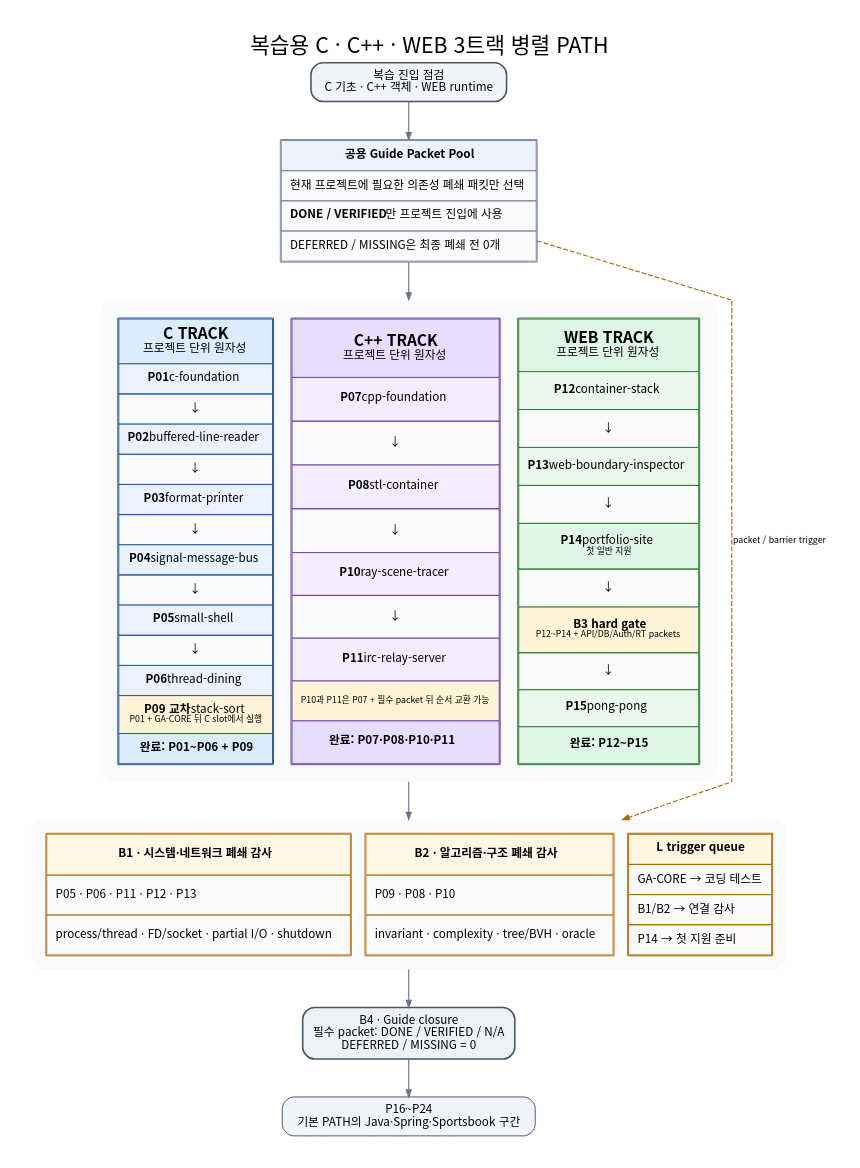
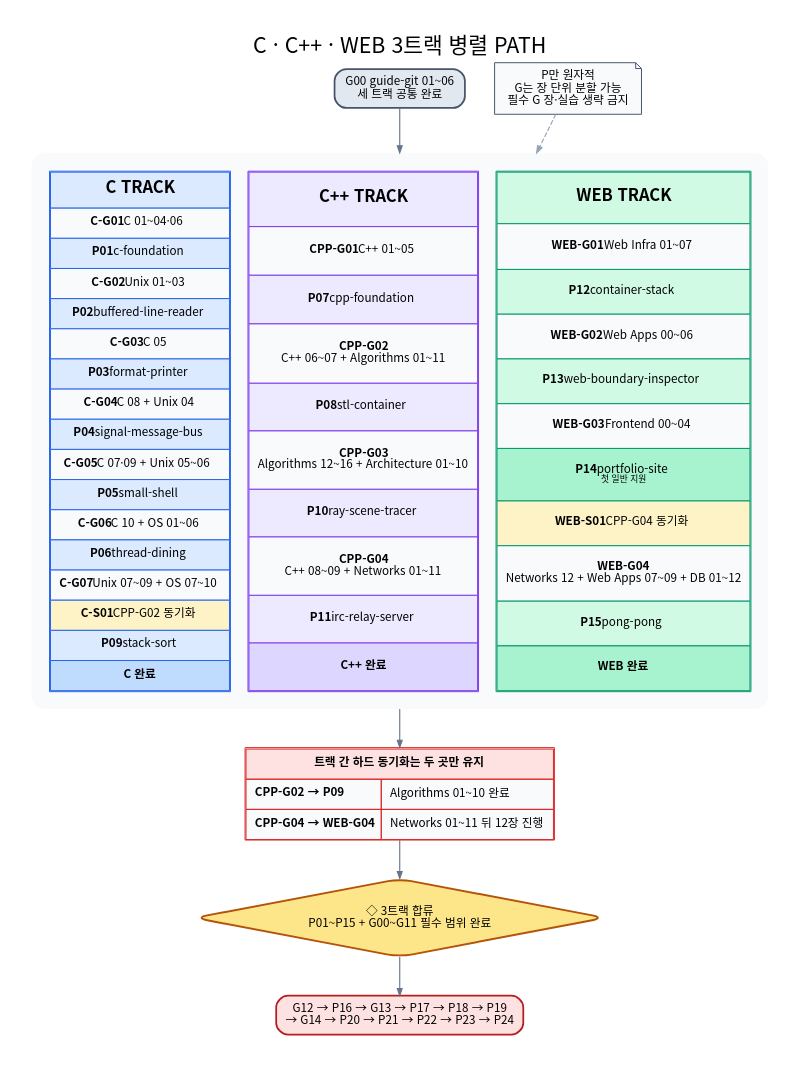
One commit to woopinbell/engineering-path-review changed the diagram in assets/path/parallel-path.dot. Above: the diagram before and after it, drawn with Graphviz. The commit also changed 17 other files, not shown here.

```diff
--- a/assets/path/parallel-path.dot
+++ b/assets/path/parallel-path.dot
@@ -1,107 +1,85 @@
-digraph ParallelPath {
-  graph [rankdir=TB, bgcolor="white", pad="0.35", nodesep="0.42", ranksep="0.52",
+digraph ParallelPathOverview {
+  graph [rankdir=TB, bgcolor="white", pad="0.35", nodesep="0.42", ranksep="0.55",
     fontname="Noto Sans CJK KR", fontsize=22,
-    label="복습용 C · C++ · WEB 3트랙 병렬 PATH", labelloc=t, splines=polyline];
+    label="C · C++ · WEB 3트랙 병렬 PATH", labelloc=t, splines=polyline];
   node [shape=box, style="rounded,filled", fontname="Noto Sans CJK KR", fontsize=12,
     margin="0.15,0.10", color="#64748b", fillcolor="#f8fafc"];
   edge [fontname="Noto Sans CJK KR", fontsize=9, color="#64748b", arrowsize=0.72, penwidth=1.15];
 
-  START [label="복습 진입 점검\nC 기초 · C++ 객체 · WEB runtime", fillcolor="#f1f5f9", color="#475569", penwidth=1.6];
-  GP [shape=plain, label=<
-    <TABLE BORDER="1" CELLBORDER="1" CELLSPACING="0" CELLPADDING="8" COLOR="#7c8aa0">
-      <TR><TD BGCOLOR="#eef2ff"><B>공용 Guide Packet Pool</B></TD></TR>
-      <TR><TD ALIGN="LEFT">현재 프로젝트에 필요한 의존성 폐쇄 패킷만 선택</TD></TR>
-      <TR><TD ALIGN="LEFT"><B>DONE / VERIFIED</B>만 프로젝트 진입에 사용</TD></TR>
-      <TR><TD ALIGN="LEFT">DEFERRED / MISSING은 최종 폐쇄 전 0개</TD></TR>
-    </TABLE>
-  >];
+  START [label="G00 guide-git 01~06\n세 트랙 공통 완료", fillcolor="#e2e8f0", color="#475569", penwidth=1.8];
 
   TRACKS [shape=plain, label=<
     <TABLE BORDER="0" CELLBORDER="0" CELLSPACING="18" CELLPADDING="0">
       <TR>
         <TD VALIGN="TOP">
-          <TABLE BORDER="1" CELLBORDER="1" CELLSPACING="0" CELLPADDING="8" COLOR="#2457a6">
-            <TR><TD BGCOLOR="#dcecff"><FONT POINT-SIZE="16"><B>C TRACK</B></FONT><BR/>프로젝트 단위 원자성</TD></TR>
-            <TR><TD BGCOLOR="#eaf2ff"><B>P01</B> c-foundation</TD></TR>
-            <TR><TD>↓</TD></TR>
-            <TR><TD BGCOLOR="#eaf2ff"><B>P02</B> buffered-line-reader</TD></TR>
-            <TR><TD>↓</TD></TR>
-            <TR><TD BGCOLOR="#eaf2ff"><B>P03</B> format-printer</TD></TR>
-            <TR><TD>↓</TD></TR>
-            <TR><TD BGCOLOR="#eaf2ff"><B>P04</B> signal-message-bus</TD></TR>
-            <TR><TD>↓</TD></TR>
-            <TR><TD BGCOLOR="#eaf2ff"><B>P05</B> small-shell</TD></TR>
-            <TR><TD>↓</TD></TR>
-            <TR><TD BGCOLOR="#eaf2ff"><B>P06</B> thread-dining</TD></TR>
-            <TR><TD BGCOLOR="#fff4d6"><B>P09 교차</B> stack-sort<BR/><FONT POINT-SIZE="9">P01 + GA-CORE 뒤 C slot에서 실행</FONT></TD></TR>
-            <TR><TD BGCOLOR="#dcecff"><B>완료: P01~P06 + P09</B></TD></TR>
+          <TABLE BORDER="1" CELLBORDER="1" CELLSPACING="0" CELLPADDING="8" COLOR="#2563eb">
+            <TR><TD BGCOLOR="#dbeafe"><FONT POINT-SIZE="17"><B>C TRACK</B></FONT></TD></TR>
+            <TR><TD BGCOLOR="#f8fafc"><B>C-G01</B> C 01~04·06</TD></TR>
+            <TR><TD BGCOLOR="#dbeafe"><B>P01</B> c-foundation</TD></TR>
+            <TR><TD BGCOLOR="#f8fafc"><B>C-G02</B> Unix 01~03</TD></TR>
+            <TR><TD BGCOLOR="#dbeafe"><B>P02</B> buffered-line-reader</TD></TR>
+            <TR><TD BGCOLOR="#f8fafc"><B>C-G03</B> C 05</TD></TR>
+            <TR><TD BGCOLOR="#dbeafe"><B>P03</B> format-printer</TD></TR>
+            <TR><TD BGCOLOR="#f8fafc"><B>C-G04</B> C 08 + Unix 04</TD></TR>
+            <TR><TD BGCOLOR="#dbeafe"><B>P04</B> signal-message-bus</TD></TR>
+            <TR><TD BGCOLOR="#f8fafc"><B>C-G05</B> C 07·09 + Unix 05~06</TD></TR>
+            <TR><TD BGCOLOR="#dbeafe"><B>P05</B> small-shell</TD></TR>
+            <TR><TD BGCOLOR="#f8fafc"><B>C-G06</B> C 10 + OS 01~06</TD></TR>
+            <TR><TD BGCOLOR="#dbeafe"><B>P06</B> thread-dining</TD></TR>
+            <TR><TD BGCOLOR="#f8fafc"><B>C-G07</B> Unix 07~09 + OS 07~10</TD></TR>
+            <TR><TD BGCOLOR="#fef3c7"><B>C-S01</B> CPP-G02 동기화</TD></TR>
+            <TR><TD BGCOLOR="#dbeafe"><B>P09</B> stack-sort</TD></TR>
+            <TR><TD BGCOLOR="#bfdbfe"><B>C 완료</B></TD></TR>
           </TABLE>
         </TD>
         <TD VALIGN="TOP">
-          <TABLE BORDER="1" CELLBORDER="1" CELLSPACING="0" CELLPADDING="8" COLOR="#6b46a5">
-            <TR><TD BGCOLOR="#e9ddff"><FONT POINT-SIZE="16"><B>C++ TRACK</B></FONT><BR/>프로젝트 단위 원자성</TD></TR>
-            <TR><TD BGCOLOR="#f3edff"><B>P07</B> cpp-foundation</TD></TR>
-            <TR><TD>↓</TD></TR>
-            <TR><TD BGCOLOR="#f3edff"><B>P08</B> stl-container</TD></TR>
-            <TR><TD>↓</TD></TR>
-            <TR><TD BGCOLOR="#f3edff"><B>P10</B> ray-scene-tracer</TD></TR>
-            <TR><TD>↓</TD></TR>
-            <TR><TD BGCOLOR="#f3edff"><B>P11</B> irc-relay-server</TD></TR>
-            <TR><TD BGCOLOR="#fff4d6"><FONT POINT-SIZE="9">P10과 P11은 P07 + 필수 packet 뒤 순서 교환 가능</FONT></TD></TR>
-            <TR><TD BGCOLOR="#e9ddff"><B>완료: P07·P08·P10·P11</B></TD></TR>
+          <TABLE BORDER="1" CELLBORDER="1" CELLSPACING="0" CELLPADDING="8" COLOR="#7c3aed">
+            <TR><TD BGCOLOR="#ede9fe"><FONT POINT-SIZE="17"><B>C++ TRACK</B></FONT></TD></TR>
+            <TR><TD BGCOLOR="#f8fafc"><B>CPP-G01</B> C++ 01~05</TD></TR>
+            <TR><TD BGCOLOR="#ede9fe"><B>P07</B> cpp-foundation</TD></TR>
+            <TR><TD BGCOLOR="#f8fafc"><B>CPP-G02</B><BR/>C++ 06~07 + Algorithms 01~11</TD></TR>
+            <TR><TD BGCOLOR="#ede9fe"><B>P08</B> stl-container</TD></TR>
+            <TR><TD BGCOLOR="#f8fafc"><B>CPP-G03</B><BR/>Algorithms 12~16 + Architecture 01~10</TD></TR>
+            <TR><TD BGCOLOR="#ede9fe"><B>P10</B> ray-scene-tracer</TD></TR>
+            <TR><TD BGCOLOR="#f8fafc"><B>CPP-G04</B><BR/>C++ 08~09 + Networks 01~11</TD></TR>
+            <TR><TD BGCOLOR="#ede9fe"><B>P11</B> irc-relay-server</TD></TR>
+            <TR><TD BGCOLOR="#ddd6fe"><B>C++ 완료</B></TD></TR>
           </TABLE>
         </TD>
         <TD VALIGN="TOP">
-          <TABLE BORDER="1" CELLBORDER="1" CELLSPACING="0" CELLPADDING="8" COLOR="#2f7d32">
-            <TR><TD BGCOLOR="#dff5e6"><FONT POINT-SIZE="16"><B>WEB TRACK</B></FONT><BR/>프로젝트 단위 원자성</TD></TR>
-            <TR><TD BGCOLOR="#eaf8ee"><B>P12</B> container-stack</TD></TR>
-            <TR><TD>↓</TD></TR>
-            <TR><TD BGCOLOR="#eaf8ee"><B>P13</B> web-boundary-inspector</TD></TR>
-            <TR><TD>↓</TD></TR>
-            <TR><TD BGCOLOR="#dff5e6"><B>P14</B> portfolio-site<BR/><FONT POINT-SIZE="9">첫 일반 지원</FONT></TD></TR>
-            <TR><TD>↓</TD></TR>
-            <TR><TD BGCOLOR="#fff4d6"><B>B3 hard gate</B><BR/><FONT POINT-SIZE="9">P12~P14 + API/DB/Auth/RT packets</FONT></TD></TR>
-            <TR><TD>↓</TD></TR>
-            <TR><TD BGCOLOR="#eaf8ee"><B>P15</B> pong-pong</TD></TR>
-            <TR><TD BGCOLOR="#dff5e6"><B>완료: P12~P15</B></TD></TR>
+          <TABLE BORDER="1" CELLBORDER="1" CELLSPACING="0" CELLPADDING="8" COLOR="#059669">
+            <TR><TD BGCOLOR="#d1fae5"><FONT POINT-SIZE="17"><B>WEB TRACK</B></FONT></TD></TR>
+            <TR><TD BGCOLOR="#f8fafc"><B>WEB-G01</B> Web Infra 01~07</TD></TR>
+            <TR><TD BGCOLOR="#d1fae5"><B>P12</B> container-stack</TD></TR>
+            <TR><TD BGCOLOR="#f8fafc"><B>WEB-G02</B> Web Apps 00~06</TD></TR>
+            <TR><TD BGCOLOR="#d1fae5"><B>P13</B> web-boundary-inspector</TD></TR>
+            <TR><TD BGCOLOR="#f8fafc"><B>WEB-G03</B> Frontend 00~04</TD></TR>
+            <TR><TD BGCOLOR="#a7f3d0"><B>P14</B> portfolio-site<BR/><FONT POINT-SIZE="9">첫 일반 지원</FONT></TD></TR>
+            <TR><TD BGCOLOR="#fef3c7"><B>WEB-S01</B> CPP-G04 동기화</TD></TR>
+            <TR><TD BGCOLOR="#f8fafc"><B>WEB-G04</B><BR/>Networks 12 + Web Apps 07~09 + DB 01~12</TD></TR>
+            <TR><TD BGCOLOR="#d1fae5"><B>P15</B> pong-pong</TD></TR>
+            <TR><TD BGCOLOR="#a7f3d0"><B>WEB 완료</B></TD></TR>
           </TABLE>
         </TD>
       </TR>
     </TABLE>
   >];
 
-  BARRIERS [shape=plain, label=<
-    <TABLE BORDER="0" CELLBORDER="0" CELLSPACING="14" CELLPADDING="0">
-      <TR>
-        <TD VALIGN="TOP">
-          <TABLE BORDER="1" CELLBORDER="1" CELLSPACING="0" CELLPADDING="8" COLOR="#b7791f">
-            <TR><TD BGCOLOR="#fff7e6"><B>B1 · 시스템·네트워크 폐쇄 감사</B></TD></TR>
-            <TR><TD ALIGN="LEFT">P05 · P06 · P11 · P12 · P13</TD></TR>
-            <TR><TD ALIGN="LEFT">process/thread · FD/socket · partial I/O · shutdown</TD></TR>
-          </TABLE>
-        </TD>
-        <TD VALIGN="TOP">
-          <TABLE BORDER="1" CELLBORDER="1" CELLSPACING="0" CELLPADDING="8" COLOR="#b7791f">
-            <TR><TD BGCOLOR="#fff7e6"><B>B2 · 알고리즘·구조 폐쇄 감사</B></TD></TR>
-            <TR><TD ALIGN="LEFT">P09 · P08 · P10</TD></TR>
-            <TR><TD ALIGN="LEFT">invariant · complexity · tree/BVH · oracle</TD></TR>
-          </TABLE>
-        </TD>
-        <TD VALIGN="TOP">
-          <TABLE BORDER="1" CELLBORDER="1" CELLSPACING="0" CELLPADDING="8" COLOR="#a66b00">
-            <TR><TD BGCOLOR="#fff6df"><B>L trigger queue</B></TD></TR>
-            <TR><TD ALIGN="LEFT">GA-CORE → 코딩 테스트</TD></TR>
-            <TR><TD ALIGN="LEFT">B1/B2 → 연결 감사</TD></TR>
-            <TR><TD ALIGN="LEFT">P14 → 첫 지원 준비</TD></TR>
-          </TABLE>
-        </TD>
-      </TR>
+  SYNC [shape=plain, label=<
+    <TABLE BORDER="1" CELLBORDER="1" CELLSPACING="0" CELLPADDING="8" COLOR="#dc2626">
+      <TR><TD BGCOLOR="#fee2e2" COLSPAN="2"><B>트랙 간 하드 동기화는 두 곳만 유지</B></TD></TR>
+      <TR><TD ALIGN="LEFT"><B>CPP-G02 → P09</B></TD><TD ALIGN="LEFT">Algorithms 01~10 완료</TD></TR>
+      <TR><TD ALIGN="LEFT"><B>CPP-G04 → WEB-G04</B></TD><TD ALIGN="LEFT">Networks 01~11 뒤 12장 진행</TD></TR>
     </TABLE>
   >];
 
-  CLOSE [label="B4 · Guide closure\n필수 packet: DONE / VERIFIED / N/A\nDEFERRED / MISSING = 0", fillcolor="#eef2f7", color="#475569", penwidth=1.6];
-  POST [label="P16~P24\n기본 PATH의 Java·Spring·Sportsbook 구간", fillcolor="#f1f5f9", color="#475569"];
+  RULE [shape=note, label="P만 원자적\nG는 장 단위 분할 가능\n필수 G 장·실습 생략 금지", fillcolor="#f8fafc", color="#475569"];
 
-  START -> GP -> TRACKS -> BARRIERS -> CLOSE -> POST;
-  GP -> BARRIERS [style=dashed, color="#a66b00", label="packet / barrier trigger", constraint=false];
+  MERGE [label="◇ 3트랙 합류\nP01~P15 + G00~G11 필수 범위 완료", shape=diamond,
+    fillcolor="#fde68a", color="#b45309", penwidth=2];
+  POST [label="G12 → P16 → G13 → P17 → P18 → P19\n→ G14 → P20 → P21 → P22 → P23 → P24",
+    fillcolor="#fee2e2", color="#b91c1c", penwidth=1.8];
+
+  START -> TRACKS -> SYNC -> MERGE -> POST;
+  RULE -> TRACKS [style=dashed, color="#94a3b8", constraint=false];
 }
```
